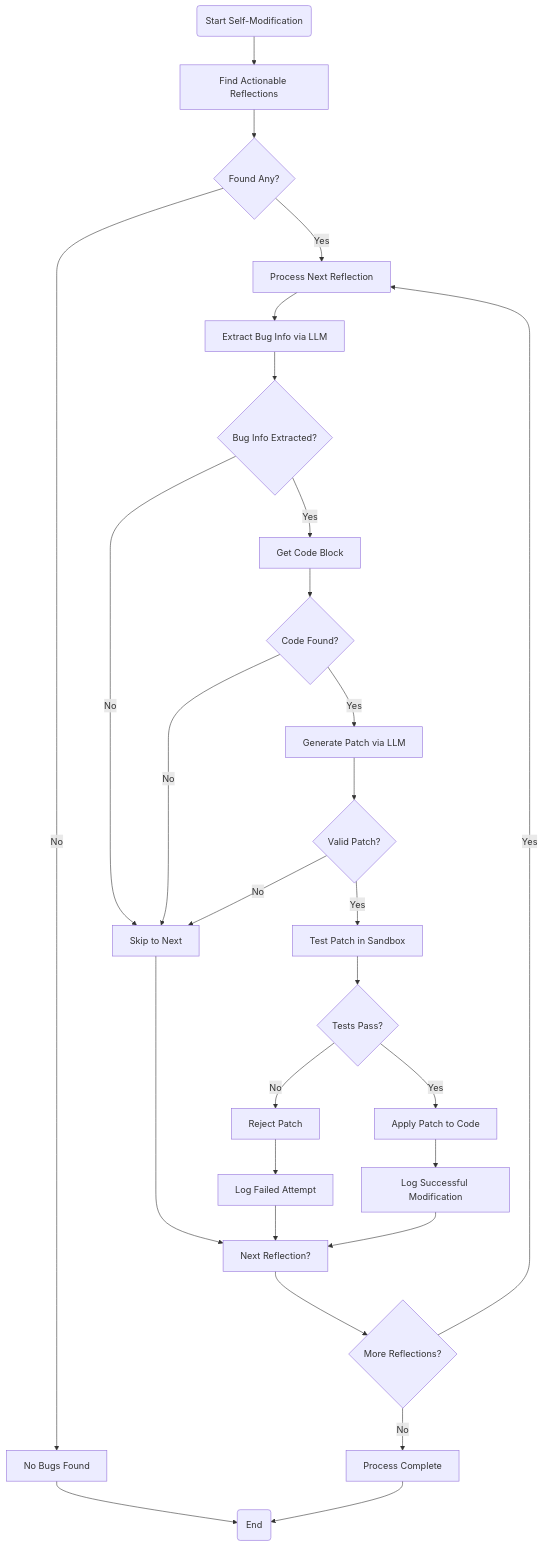
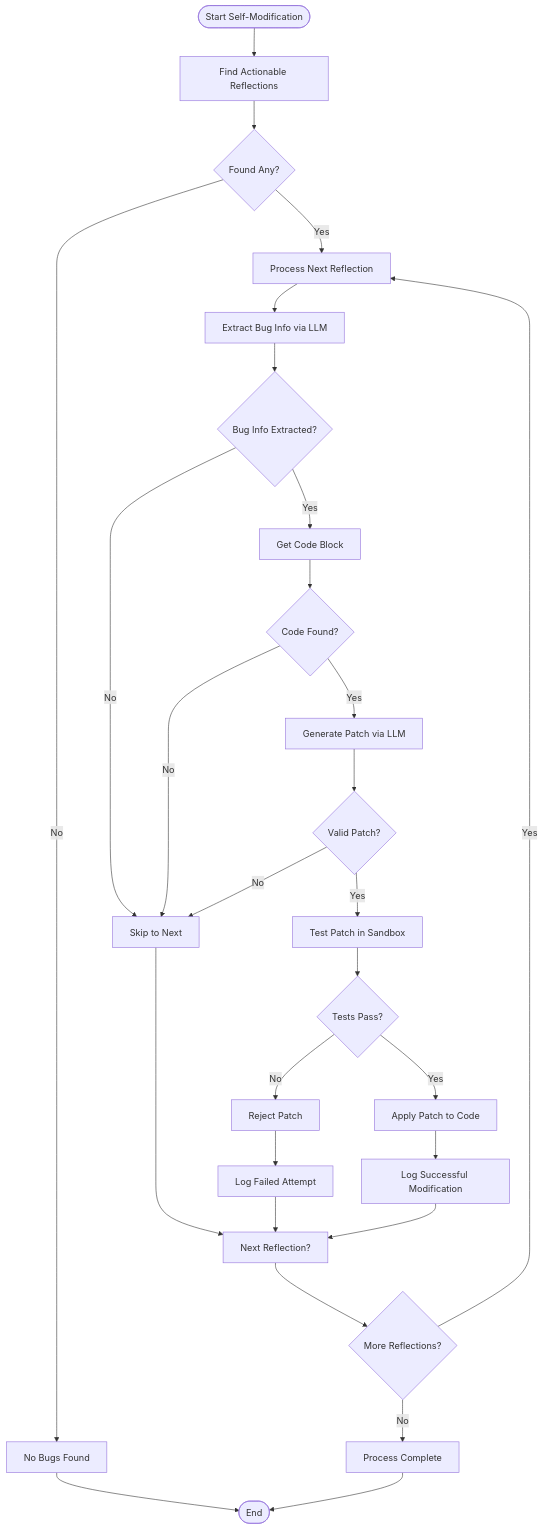
One commit to Likhithsai2580/RAVANA-WIKI changed the third of 4 diagrams in docs/Self-Improvement.md. Above: the diagram before and after it, drawn with Mermaid. The commit also changed other lines of this file and 78 other files, not shown here.

````diff
--- a/docs/Self-Improvement.md
+++ b/docs/Self-Improvement.md
@@ -209,31 +207,30 @@
 ```mermaid
 flowchart TD
-Start("Start Self-Modification") --> FindActionable["Find Actionable Reflections"]
+Start([Start Self-Modification]) --> FindActionable["Find Actionable Reflections"]
 FindActionable --> CheckFound{"Found Any?"}
 CheckFound --> |No| EndNo["No Bugs Found"]
 CheckFound --> |Yes| ProcessEntry["Process Next Reflection"]
 ProcessEntry --> ExtractBug["Extract Bug Info via LLM"]
 ExtractBug --> CheckExtracted{"Bug Info Extracted?"}
 CheckExtracted --> |No| SkipEntry["Skip to Next"]
 CheckExtracted --> |Yes| GetCode["Get Code Block"]
 GetCode --> CheckCode{"Code Found?"}
 CheckCode --> |No| SkipEntry
 CheckCode --> |Yes| GeneratePatch["Generate Patch via LLM"]
 GeneratePatch --> CheckPatch{"Valid Patch?"}
 CheckPatch --> |No| SkipEntry
 CheckPatch --> |Yes| TestPatch["Test Patch in Sandbox"]
 TestPatch --> CheckTests{"Tests Pass?"}
 CheckTests --> |No| Reject["Reject Patch"]
 CheckTests --> |Yes| Apply["Apply Patch to Code"]
 Apply --> LogSuccess["Log Successful Modification"]
 Reject --> LogFail["Log Failed Attempt"]
 LogSuccess --> NextEntry["Next Reflection?"]
 LogFail --> NextEntry
 SkipEntry --> NextEntry
 NextEntry --> CheckMore{"More Reflections?"}
 CheckMore --> |Yes| ProcessEntry
 CheckMore --> |No| EndYes["Process Complete"]
-EndNo --> End("End")
+EndNo --> End([End])
 EndYes --> End
-
 ```
````
